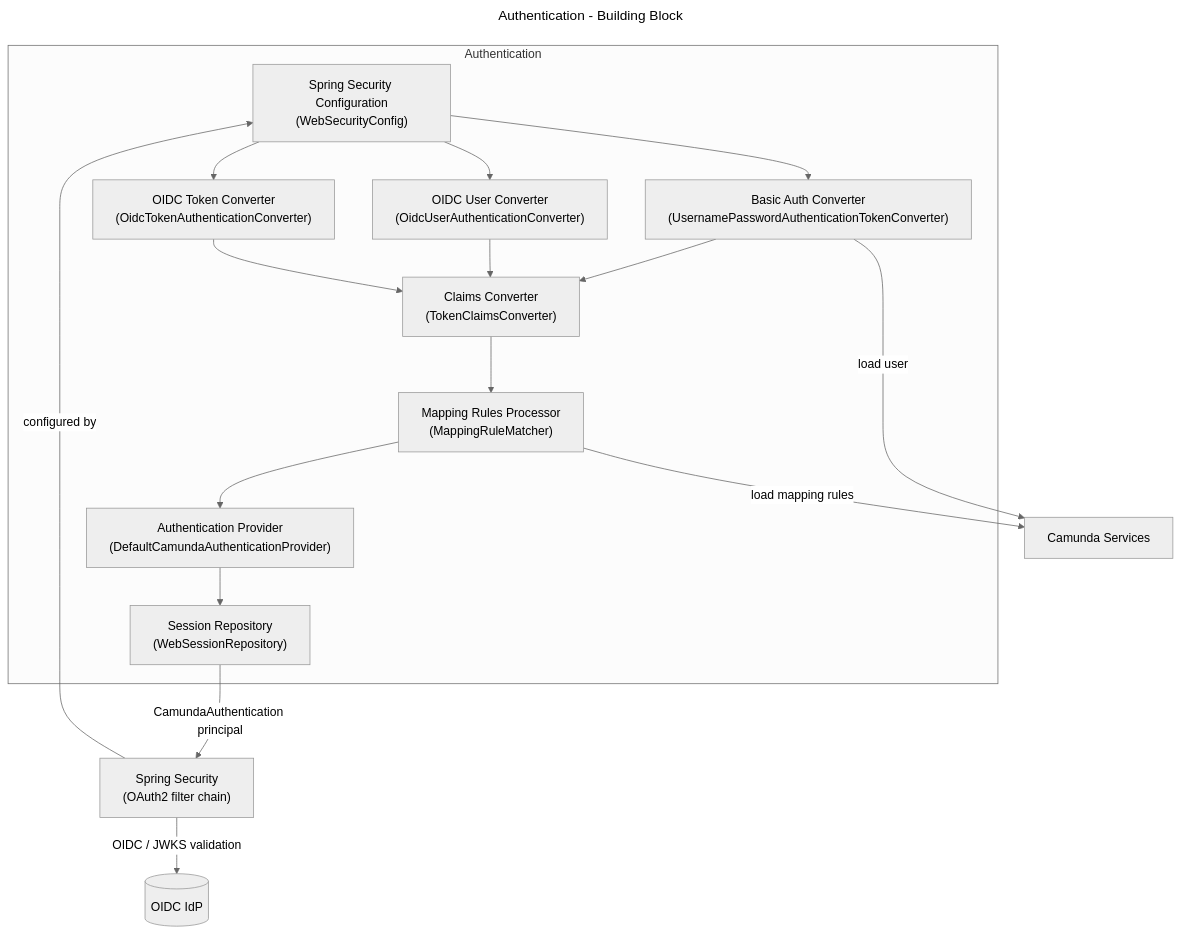
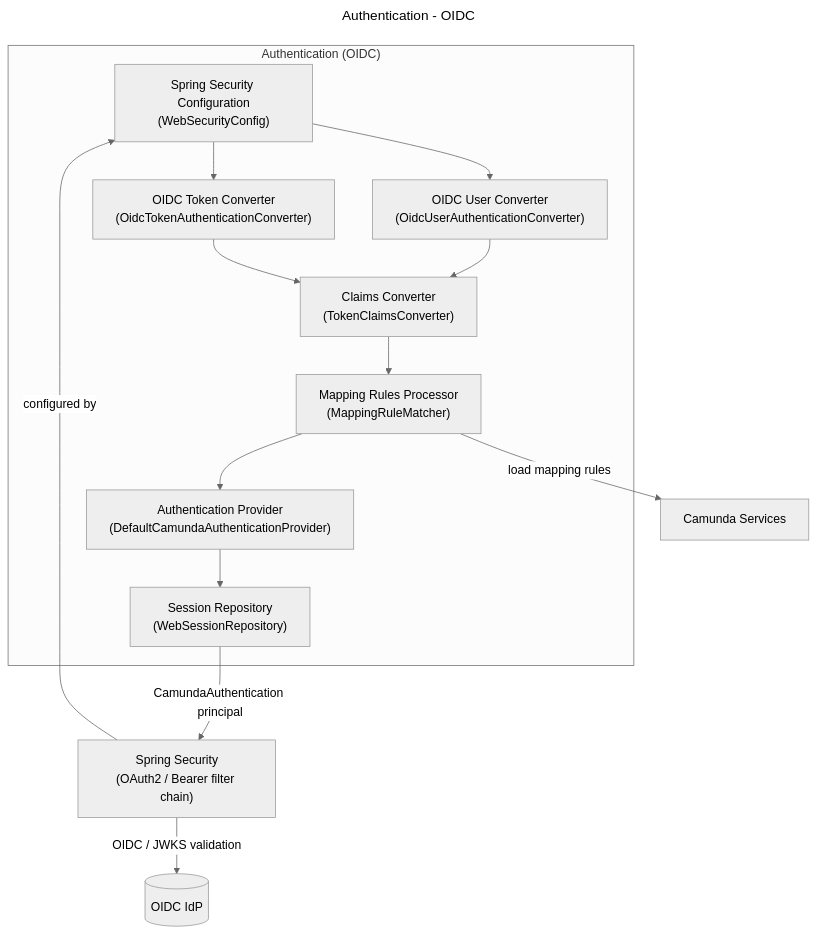
The fifth of 14 diagrams in docs/identity/architecture-documentation.md (camunda/camunda), drawn with Mermaid (neutral theme) before and after one commit. The commit also changed other lines of this file, not shown here.

Commit message:
docs: separate Basic Auth and OIDC diagrams in building blocks and runtime view

````diff
--- a/docs/identity/architecture-documentation.md
+++ b/docs/identity/architecture-documentation.md
@@ -239,36 +272,32 @@
 ```mermaid
 ---
-title: Authentication - Building Block
+title: Authentication - OIDC
 ---
 flowchart TB
-  subgraph AUTHENTICATION["Authentication"]
+  subgraph AUTHENTICATION_OIDC["Authentication (OIDC)"]
     WEB_SEC_CFG["Spring Security Configuration\n(WebSecurityConfig)"]
-    BASIC_CONV["Basic Auth Converter\n(UsernamePasswordAuthenticationTokenConverter)"]
     OIDC_USER_CONV["OIDC User Converter\n(OidcUserAuthenticationConverter)"]
     OIDC_TOKEN_CONV["OIDC Token Converter\n(OidcTokenAuthenticationConverter)"]
     CLAIMS_CONV["Claims Converter\n(TokenClaimsConverter)"]
     MAPPING_RULES_PROC["Mapping Rules Processor\n(MappingRuleMatcher)"]
     AUTH_PROVIDER["Authentication Provider\n(DefaultCamundaAuthenticationProvider)"]
     SESSION_MGR["Session Repository\n(WebSessionRepository)"]
 
-    WEB_SEC_CFG --> BASIC_CONV
     WEB_SEC_CFG --> OIDC_USER_CONV
     WEB_SEC_CFG --> OIDC_TOKEN_CONV
-    BASIC_CONV --> CLAIMS_CONV
     OIDC_USER_CONV --> CLAIMS_CONV
     OIDC_TOKEN_CONV --> CLAIMS_CONV
     CLAIMS_CONV --> MAPPING_RULES_PROC
     MAPPING_RULES_PROC --> AUTH_PROVIDER
     AUTH_PROVIDER --> SESSION_MGR
   end
 
   IDP[("OIDC IdP")]
-  SPRING_SECURITY["Spring Security\n(OAuth2 filter chain)"]
+  SPRING_SECURITY["Spring Security\n(OAuth2 / Bearer filter chain)"]
   CAMUNDA_SERVICES["Camunda Services"]
 
   SPRING_SECURITY -->|"configured by"| WEB_SEC_CFG
   SPRING_SECURITY -->|"OIDC / JWKS validation"| IDP
-  BASIC_CONV -->|"load user"| CAMUNDA_SERVICES
   MAPPING_RULES_PROC -->|"load mapping rules"| CAMUNDA_SERVICES
   SESSION_MGR -->|"CamundaAuthentication principal"| SPRING_SECURITY
 ```
````
